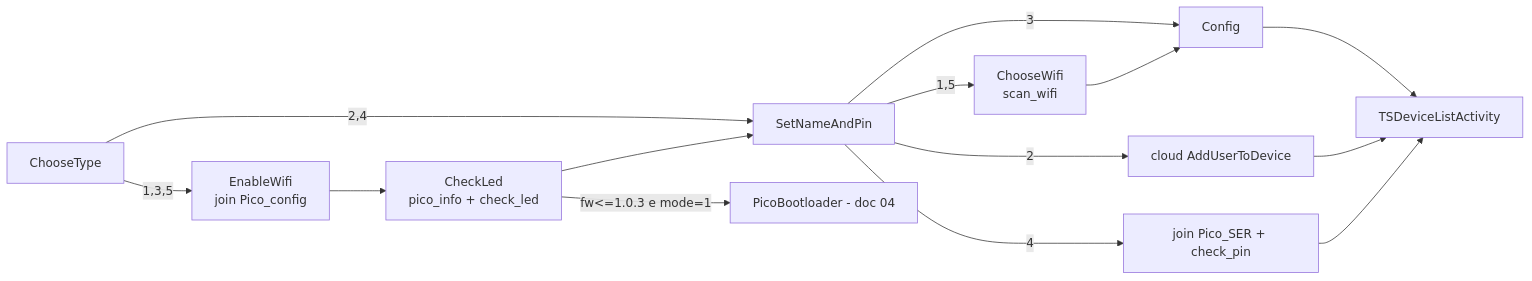
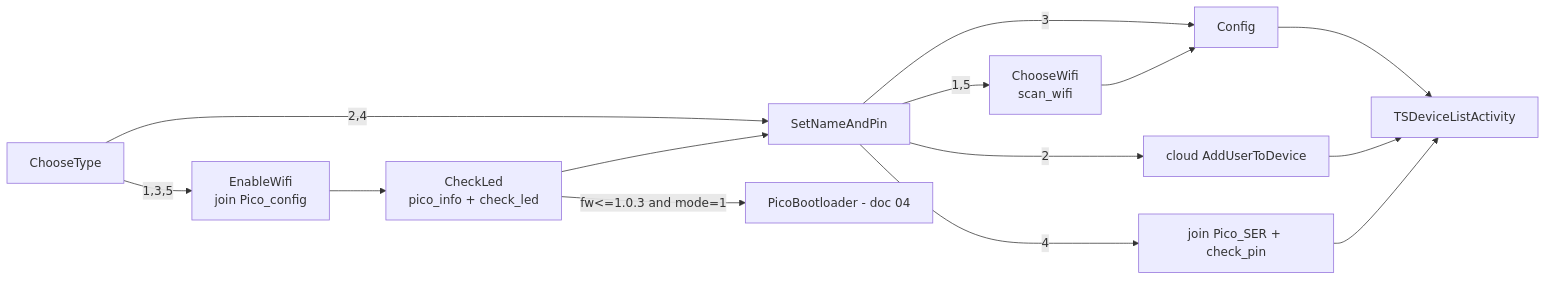
The first of 2 diagrams in docs/app-flows/03-provisioning.md (VoidElle/open-pico-local-api), drawn with Mermaid before and after one commit. The commit also changed other lines of this file and 5 other files, not shown here.

Commit message:
docs: Added app flows

````diff
--- a/docs/app-flows/03-provisioning.md
+++ b/docs/app-flows/03-provisioning.md
@@ -42,16 +41,16 @@
 ```mermaid
 flowchart LR
   A[ChooseType] -->|1,3,5| B[EnableWifi<br/>join Pico_config]
   A -->|2,4| D[SetNameAndPin]
   B --> C[CheckLed<br/>pico_info + check_led]
-  C -->|fw<=1.0.3 e mode=1| X[PicoBootloader - doc 04]
+  C -->|fw<=1.0.3 and mode=1| X[PicoBootloader - doc 04]
   C --> D
   D -->|1,5| E[ChooseWifi<br/>scan_wifi]
   D -->|3| F[Config]
   D -->|2| K[cloud AddUserToDevice]
   D -->|4| L[join Pico_SER + check_pin]
   E --> F
   F --> G[TSDeviceListActivity]
   K --> G
   L --> G
 ```
````
